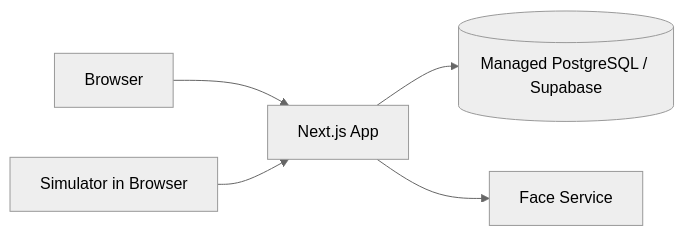
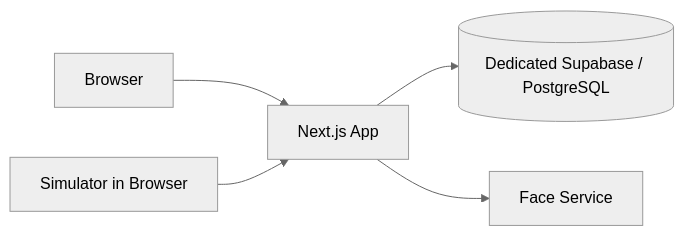
Before and after one commit to nafisajuliansahsaputra/attendance-system: the third of 5 diagrams in docs/03-ARCHITECTURE.md, drawn with Mermaid (neutral theme). The commit also changed other lines of this file and 2 other files, not shown here.

Commit message:
docs: align architecture with implementation baseline

````diff
--- a/docs/03-ARCHITECTURE.md
+++ b/docs/03-ARCHITECTURE.md
@@ -279,7 +292,7 @@
 ```mermaid
 flowchart LR
     B[Browser] --> N[Next.js App]
-    N --> P[(Managed PostgreSQL / Supabase)]
+    N --> P[(Dedicated Supabase / PostgreSQL)]
     N --> F[Face Service]
     D[Simulator in Browser] --> N
 ```
````
